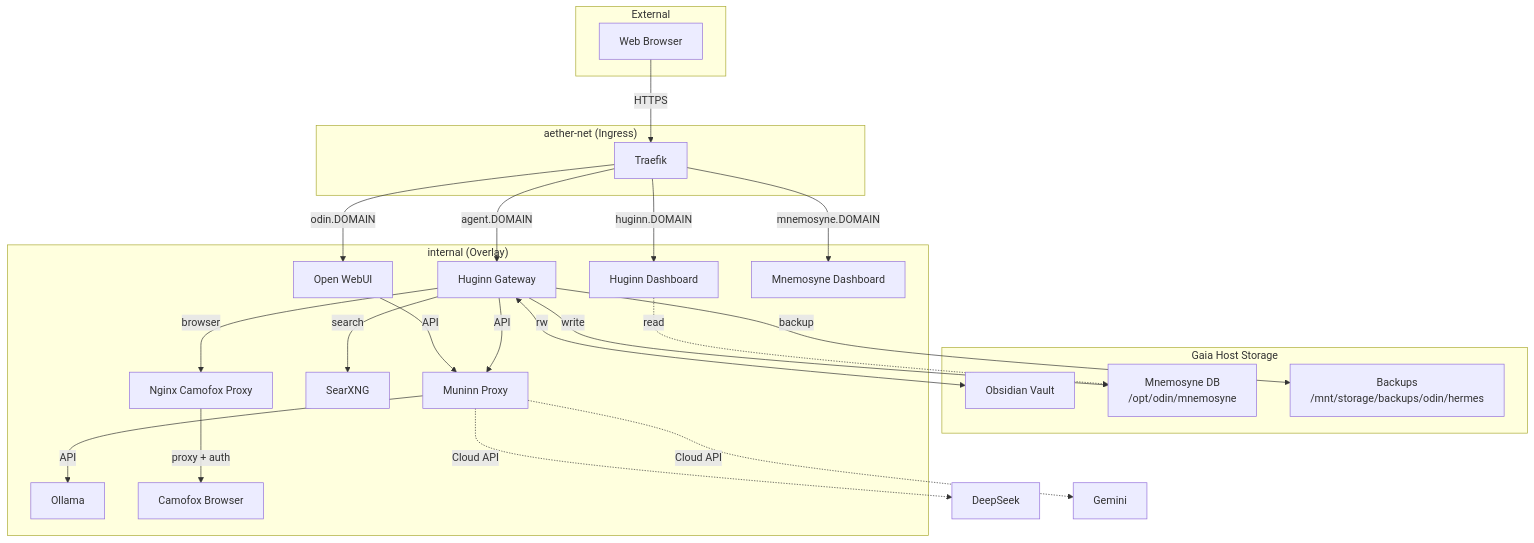
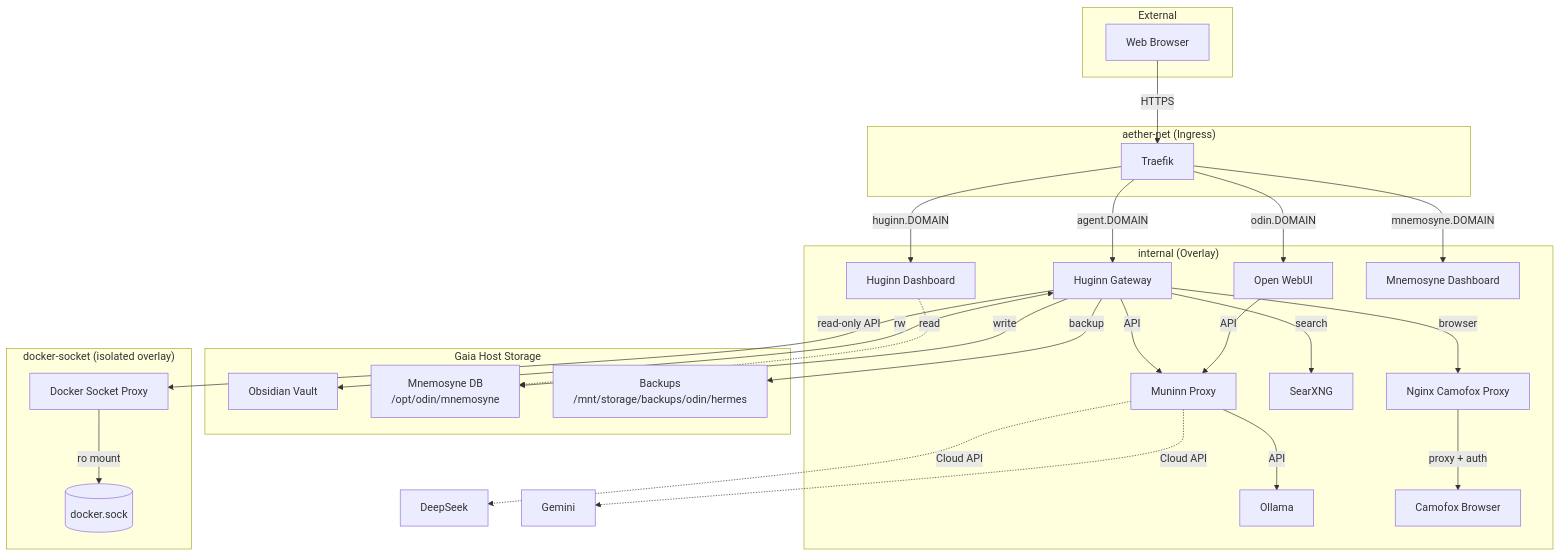
Before and after one commit to yggdrasil-lab/odin: the diagram in README.md, drawn with Mermaid. The commit also changed other lines of this file and 1 other file, not shown here.

Commit message:
feat(hermes-agent): give Huginn read-only access to the Docker API
Adds a tecnativa/docker-socket-proxy service so Huginn can inspect Swarm
services, tasks and logs (the "which task restarted, and what did it log
before it died?" class of question) without a shell on Gaia.

Read-only is enforced by the proxy, not by the mount: POST=0 restricts the
API to GET/HEAD, so writes, exec, pulls and stack deploys are refused with
403. `:ro` on a socket bind mount does not do this -- it protects the socket
file while leaving the API fully writable -- so the socket is mounted only
into the proxy, never into the agent container. Deploys and every other
mutation stay on the PR + `gh workflow run deploy` path.

The proxy sits on a dedicated non-attachable overlay (docker-socket) rather
than `internal`, which also carries third-party images (searxng, camofox):
`docker inspect` of any container returns its environment, and several
secrets live in env in this stack.

No new secrets or ${VARS}; deploy.yml needs no change.

````diff
--- a/README.md
+++ b/README.md
@@ -26,48 +27,55 @@
 ```mermaid
 graph TD
     subgraph External ["External"]
         Browser[Web Browser]
     end
 
     subgraph Host ["Gaia Host Storage"]
         Obsidian["Obsidian Vault"]
         MnemosyneDB["Mnemosyne DB<br>/opt/odin/mnemosyne"]
         Backup["Backups<br>/mnt/storage/backups/odin/hermes"]
     end
 
     subgraph Aether ["aether-net (Ingress)"]
         Traefik[Traefik]
     end
 
     subgraph Internal ["internal (Overlay)"]
         OpenWebUI[Open WebUI]
         Ollama[Ollama]
         Gateway[Huginn Gateway]
         Dashboard[Huginn Dashboard]
         MnemosyneVis[Mnemosyne Dashboard]
         Muninn[Muninn Proxy]
         SearXNG[SearXNG]
         Camofox[Camofox Browser]
         NginxCamofox[Nginx Camofox Proxy]
     end
 
+    subgraph SocketNet ["docker-socket (isolated overlay)"]
+        DockerProxy[Docker Socket Proxy]
+        DockerSock[("docker.sock")]
+    end
+
     Browser -->|HTTPS| Traefik
     Traefik -->|odin.DOMAIN| OpenWebUI
     Traefik -->|agent.DOMAIN| Gateway
     Traefik -->|huginn.DOMAIN| Dashboard
     Traefik -->|mnemosyne.DOMAIN| MnemosyneVis
 
     OpenWebUI -->|API| Muninn
     Gateway -->|API| Muninn
     Muninn -->|API| Ollama
     Muninn -.->|Cloud API| DeepSeek
     Muninn -.->|Cloud API| Gemini
 
     Gateway <-->|rw| Obsidian
     Gateway -->|search| SearXNG
     Gateway -->|browser| NginxCamofox
     NginxCamofox -->|proxy + auth| Camofox
     Gateway -->|write| MnemosyneDB
     Dashboard -.->|read| MnemosyneDB
     Gateway -->|backup| Backup
+    Gateway -->|read-only API| DockerProxy
+    DockerProxy -->|ro mount| DockerSock
 ```
````
